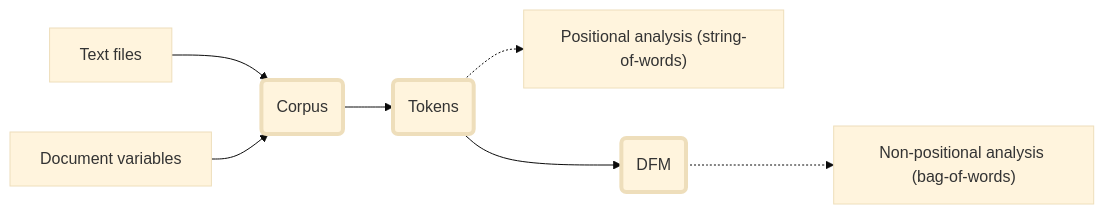
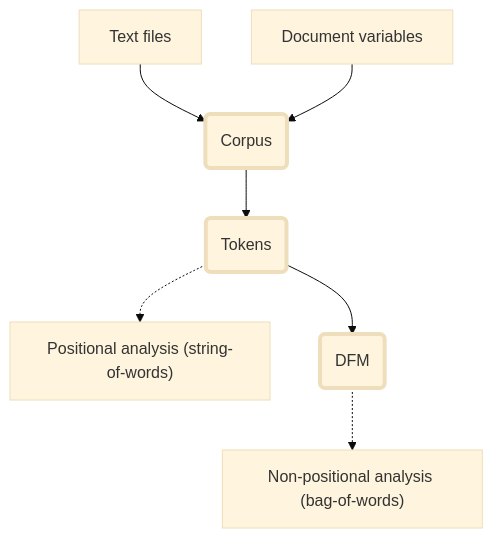
The diagram in content/basic-operations/workflow.en.markdown (quanteda/tutorials.quanteda.io), drawn with Mermaid (base theme) before and after one commit. The commit also changed 1 other file, not shown here.

Commit message:
Change layout to topdown

```diff
--- a/content/basic-operations/workflow.en.markdown
+++ b/content/basic-operations/workflow.en.markdown
@@ -26,19 +26,19 @@
 {{<mermaid align="left">}}
-    graph LR
+    graph TD
     D[Text files]
     V[Document variables]
     C(Corpus)
     T(Tokens)
     AP["Positional analysis (string-of-words)"]
     AN["Non-positional analysis (bag-of-words)"]
     M(DFM)
     style C stroke-width:4px
     style T stroke-width:4px
     style M stroke-width:4px
     D --> C
     V --> C 
     C --> T 
     T --> M
     T -.-> AP
     M -.-> AN
 {{< /mermaid >}}
```
